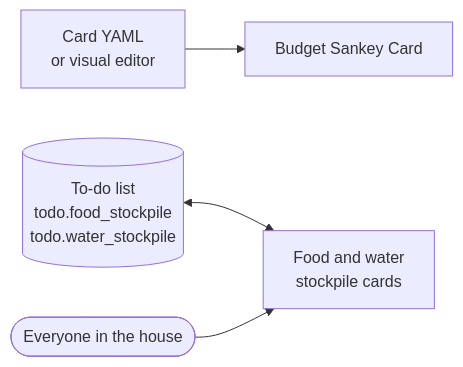
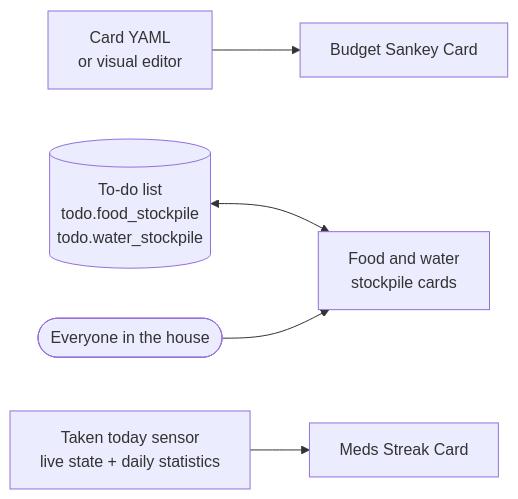
One commit to matteo-pacini/ZPCards changed the diagram in README.md. Above: the diagram before and after it, drawn with Mermaid. The commit also changed other lines of this file and 13 other files, not shown here.

First line of the commit message:
Add the meds streak card

````diff
--- a/README.md
+++ b/README.md
@@ -18,6 +19,7 @@
 ```mermaid
 flowchart LR
   yaml["Card YAML<br/>or visual editor"] --> budget["Budget Sankey Card"]
   todo[("To-do list<br/>todo.food_stockpile<br/>todo.water_stockpile")] <--> prep["Food and water<br/>stockpile cards"]
   people(["Everyone in the house"]) --> prep
+  taken["Taken today sensor<br/>live state + daily statistics"] --> meds["Meds Streak Card"]
 ```
````
